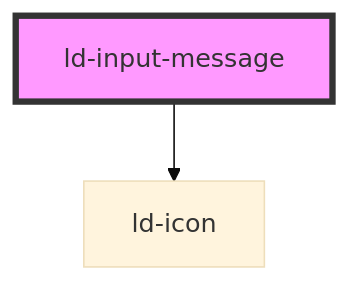
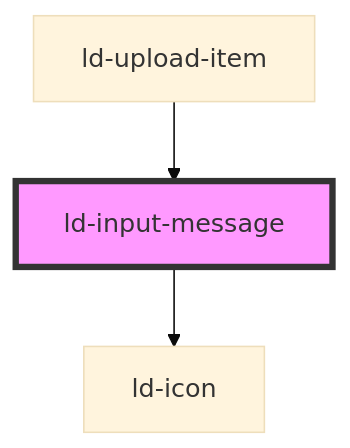
Before and after one commit to emdgroup-liquid/liquid: the diagram in src/liquid/components/ld-input-message/readme.md, drawn with Mermaid (base theme). The commit also changed other lines of this file and 18 other files, not shown here.

````diff
--- a/src/liquid/components/ld-input-message/readme.md
+++ b/src/liquid/components/ld-input-message/readme.md
@@ -119,5 +123,6 @@
 ```mermaid
 graph TD;
   ld-input-message --> ld-icon
+  ld-upload-item --> ld-input-message
   style ld-input-message fill:#f9f,stroke:#333,stroke-width:4px
 ```
````
